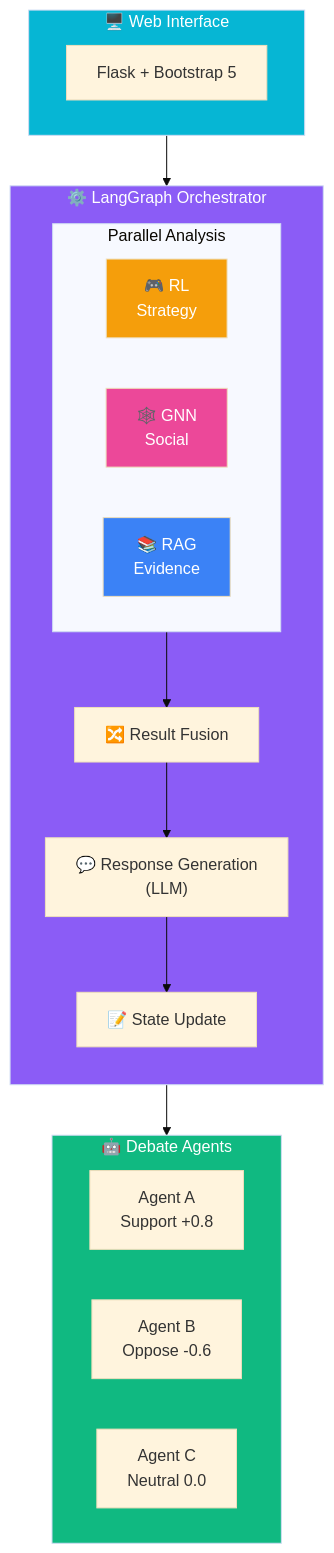
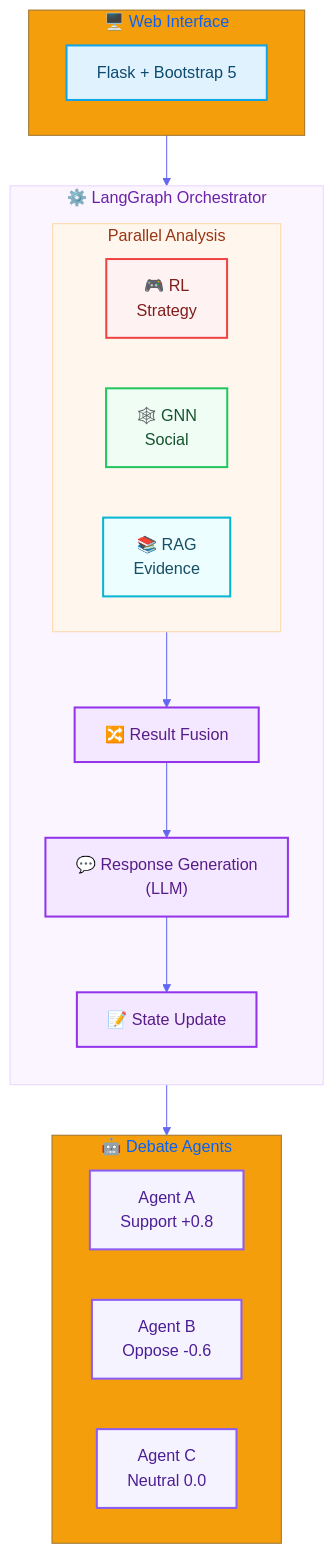
The first of 5 diagrams in docs/architecture/OVERVIEW.md (AluminumShark/Social-Debate-AI), drawn with Mermaid before and after one commit. The commit also changed other lines of this file and 5 other files, not shown here.

Commit message:
style(docs): apply consistent bright Mermaid theme to all documentation diagrams

````diff
--- a/docs/architecture/OVERVIEW.md
+++ b/docs/architecture/OVERVIEW.md
@@ -11,41 +11,47 @@
 ```mermaid
-%%{init: {'theme': 'base'}}%%
+%%{init: {'theme': 'base', 'themeVariables': { 'primaryColor': '#4f46e5', 'primaryTextColor': '#fff', 'primaryBorderColor': '#4338ca', 'lineColor': '#6366f1', 'secondaryColor': '#10b981', 'tertiaryColor': '#f59e0b'}}}%%
 flowchart TB
+    %% Styles
+    classDef ui fill:#e0f2fe,stroke:#0ea5e9,stroke-width:2px,color:#0c4a6e;
+    classDef orch fill:#f3e8ff,stroke:#9333ea,stroke-width:2px,color:#581c87;
+    classDef parallel fill:#fff7ed,stroke:#f97316,stroke-width:2px,color:#7c2d12;
+    classDef rl fill:#fef2f2,stroke:#ef4444,stroke-width:2px,color:#7f1d1d;
+    classDef gnn fill:#f0fdf4,stroke:#22c55e,stroke-width:2px,color:#14532d;
+    classDef rag fill:#ecfeff,stroke:#06b6d4,stroke-width:2px,color:#164e63;
+    classDef agent fill:#f5f3ff,stroke:#8b5cf6,stroke-width:2px,color:#4c1d95;
+
     subgraph UI["🖥️ Web Interface"]
         direction LR
-        F["Flask + Bootstrap 5"]
+        F["Flask + Bootstrap 5"]:::ui
     end
 
     subgraph Orchestrator["⚙️ LangGraph Orchestrator"]
         direction TB
         
         subgraph Parallel["Parallel Analysis"]
             direction LR
-            RL["🎮 RL<br/>Strategy"]
-            GNN["🕸️ GNN<br/>Social"]
-            RAG["📚 RAG<br/>Evidence"]
+            RL["🎮 RL<br/>Strategy"]:::rl
+            GNN["🕸️ GNN<br/>Social"]:::gnn
+            RAG["📚 RAG<br/>Evidence"]:::rag
         end
 
-        Fuse["🔀 Result Fusion"]
-        Gen["💬 Response Generation<br/>(LLM)"]
-        Update["📝 State Update"]
+        Fuse["🔀 Result Fusion"]:::orch
+        Gen["💬 Response Generation<br/>(LLM)"]:::orch
+        Update["📝 State Update"]:::orch
     end
 
     subgraph Agents["🤖 Debate Agents"]
         direction LR
-        A["Agent A<br/>Support +0.8"]
-        B["Agent B<br/>Oppose -0.6"]
-        C["Agent C<br/>Neutral 0.0"]
+        A["Agent A<br/>Support +0.8"]:::agent
+        B["Agent B<br/>Oppose -0.6"]:::agent
+        C["Agent C<br/>Neutral 0.0"]:::agent
     end
 
     UI --> Orchestrator
     Parallel --> Fuse --> Gen --> Update
     Orchestrator --> Agents
-
-    style UI fill:#06b6d4,color:#fff
-    style Orchestrator fill:#8b5cf6,color:#fff
-    style Agents fill:#10b981,color:#fff
-    style RL fill:#f59e0b,color:#fff
-    style GNN fill:#ec4899,color:#fff
-    style RAG fill:#3b82f6,color:#fff
+    
+    %% Style Subgraphs
+    style Parallel fill:#fff7ed,stroke:#fed7aa,color:#9a3412
+    style Orchestrator fill:#faf5ff,stroke:#e9d5ff,color:#6b21a8
 ```
````
